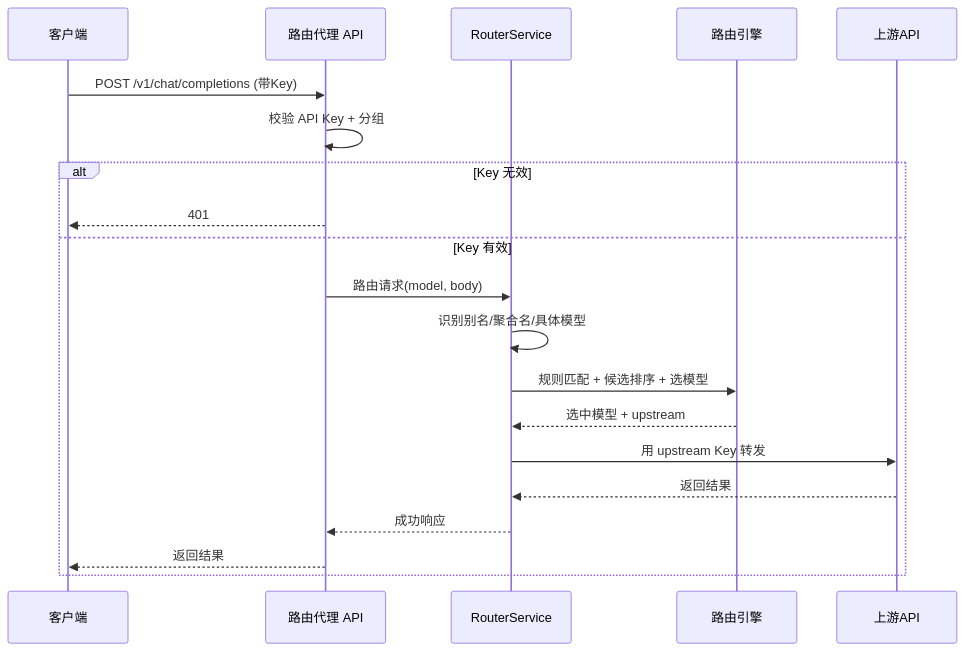
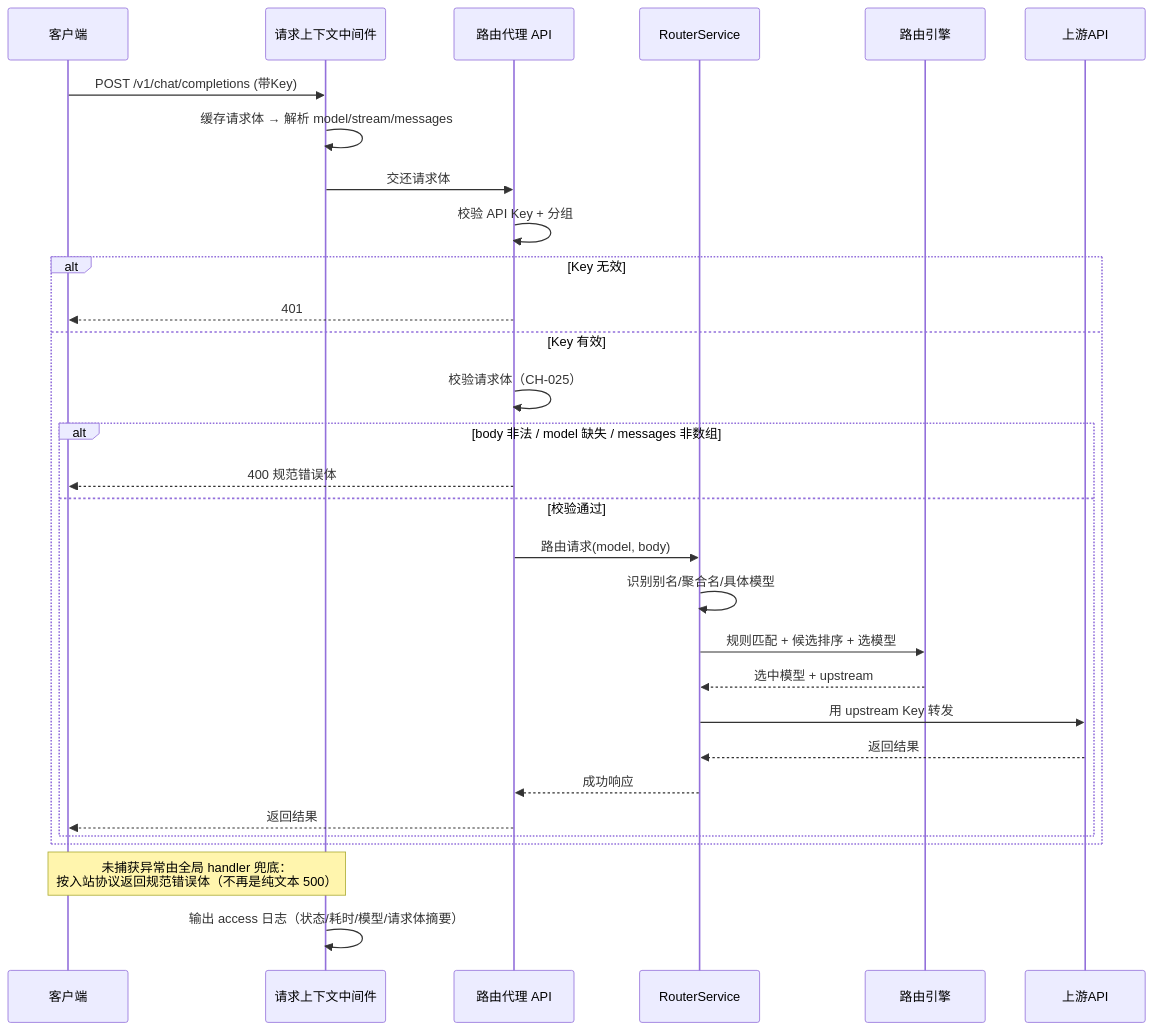
One commit to 66wjz/smart_router changed the fourth of 6 diagrams in docs/架构设计.md. Above: the diagram before and after it, drawn with Mermaid. The commit also changed other lines of this file and 23 other files, not shown here.

````diff
--- a/docs/架构设计.md
+++ b/docs/架构设计.md
@@ -301,23 +316,33 @@
 ```mermaid
 sequenceDiagram
     participant C as 客户端
+    participant L as 请求上下文中间件
     participant R as 路由代理 API
     participant S as RouterService
     participant E as 路由引擎
     participant U as 上游API
 
-    C->>R: POST /v1/chat/completions (带Key)
+    C->>L: POST /v1/chat/completions (带Key)
+    L->>L: 缓存请求体 → 解析 model/stream/messages
+    L->>R: 交还请求体
     R->>R: 校验 API Key + 分组
     alt Key 无效
         R-->>C: 401
     else Key 有效
-        R->>S: 路由请求(model, body)
-        S->>S: 识别别名/聚合名/具体模型
-        S->>E: 规则匹配 + 候选排序 + 选模型
-        E-->>S: 选中模型 + upstream
-        S->>U: 用 upstream Key 转发
-        U-->>S: 返回结果
-        S-->>R: 成功响应
-        R-->>C: 返回结果
+        R->>R: 校验请求体（CH-025）
+        alt body 非法 / model 缺失 / messages 非数组
+            R-->>C: 400 规范错误体
+        else 校验通过
+            R->>S: 路由请求(model, body)
+            S->>S: 识别别名/聚合名/具体模型
+            S->>E: 规则匹配 + 候选排序 + 选模型
+            E-->>S: 选中模型 + upstream
+            S->>U: 用 upstream Key 转发
+            U-->>S: 返回结果
+            S-->>R: 成功响应
+            R-->>C: 返回结果
+        end
     end
+    Note over L,C: 未捕获异常由全局 handler 兜底：<br/>按入站协议返回规范错误体（不再是纯文本 500）
+    L->>L: 输出 access 日志（状态/耗时/模型/请求体摘要）
 ```
````
